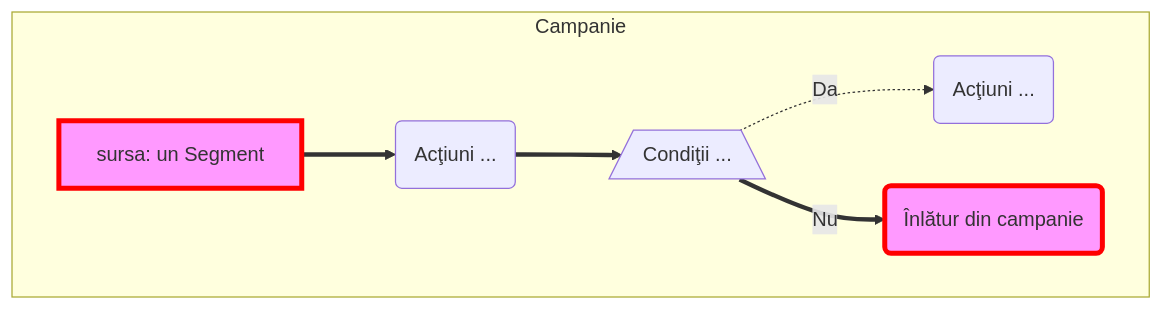
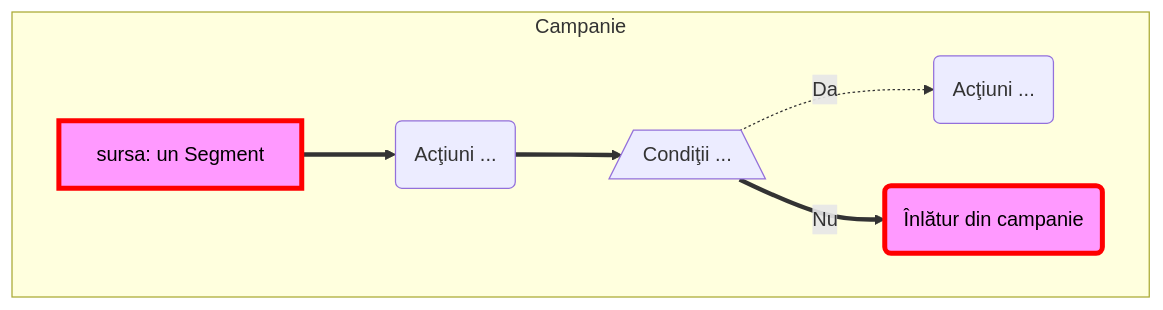
Before and after one commit to IonutOjicaDE/IonutOjicaDE.github.io: the first of 3 diagrams in _posts/2024-03-11-campanii-capcana-inlatura-din-campanie.md, drawn with Mermaid. The commit also changed other lines of this file and 1 other file, not shown here.

````diff
--- a/_posts/2024-03-11-campanii-capcana-inlatura-din-campanie.md
+++ b/_posts/2024-03-11-campanii-capcana-inlatura-din-campanie.md
@@ -12,11 +12,11 @@
 ```mermaid
 flowchart TD
     subgraph Campanie
         A[sursa: un Segment] ==> B(Acţiuni ...)
         B ==> C[/Condiţii ...\]
         C -.->|Da| D(Acţiuni ...)
         C ==>|Nu| E(Înlătur din campanie)
     end
-    style A fill:#f9f,stroke:red,stroke-width:4px
-    style E fill:#f9f,stroke:red,stroke-width:4px
+    style A fill:#f9f,color:black,stroke:red,stroke-width:4px
+    style E fill:#f9f,color:black,stroke:red,stroke-width:4px
 ```
````
